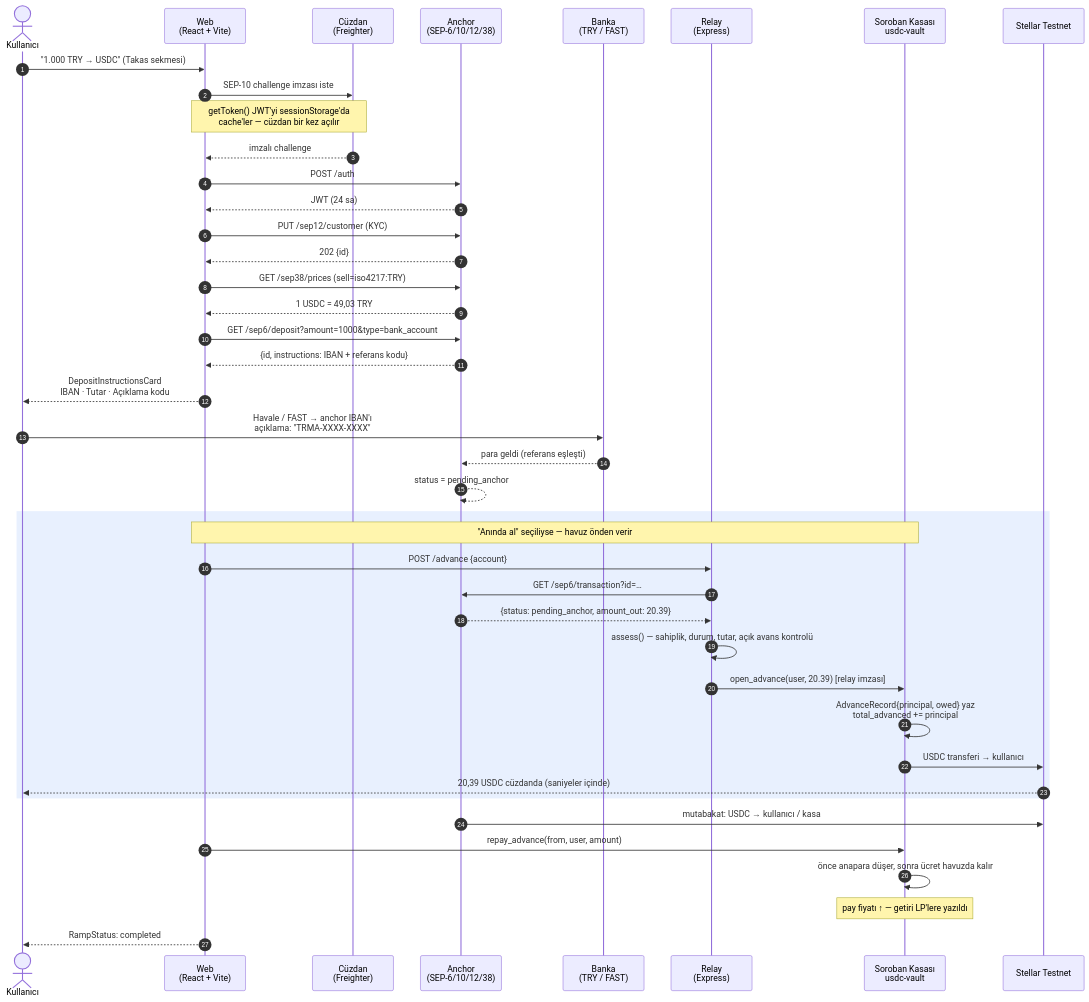
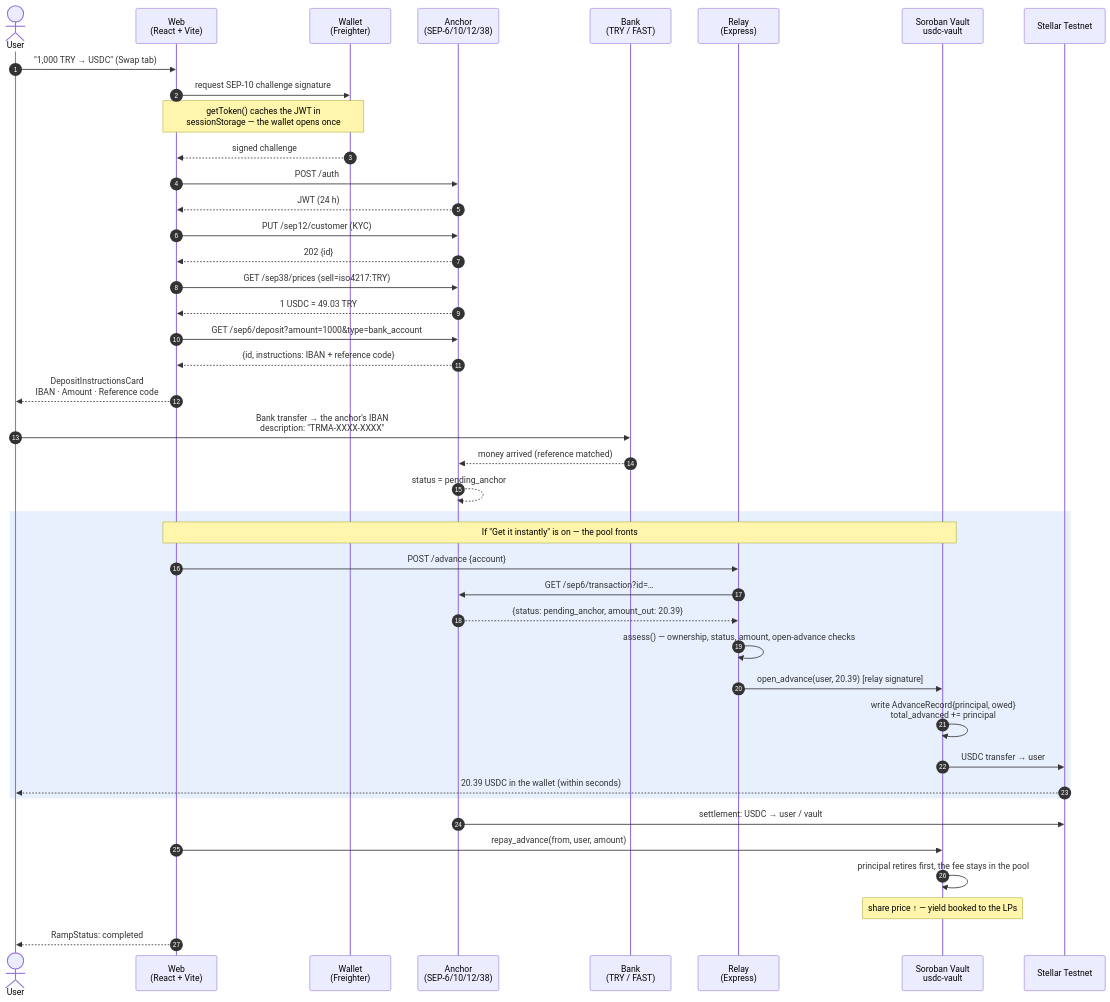
One commit to Omeraydognn/Stelpools changed the diagram in README.md. Above: the diagram before and after it, drawn with Mermaid. The commit also changed other lines of this file and 25 other files, not shown here.

````diff
--- a/README.md
+++ b/README.md
@@ -118,48 +120,48 @@
 ```mermaid
 sequenceDiagram
     autonumber
-    actor U as Kullanıcı
+    actor U as User
     participant W as Web<br/>(React + Vite)
-    participant K as Cüzdan<br/>(Freighter)
+    participant K as Wallet<br/>(Freighter)
     participant A as Anchor<br/>(SEP-6/10/12/38)
-    participant B as Banka<br/>(TRY / FAST)
+    participant B as Bank<br/>(TRY / FAST)
     participant R as Relay<br/>(Express)
-    participant V as Soroban Kasası<br/>usdc-vault
+    participant V as Soroban Vault<br/>usdc-vault
     participant S as Stellar Testnet
 
-    U->>W: "1.000 TRY → USDC" (Takas sekmesi)
-    W->>K: SEP-10 challenge imzası iste
-    Note over W,K: getToken() JWT'yi sessionStorage'da<br/>cache'ler — cüzdan bir kez açılır
-    K-->>W: imzalı challenge
+    U->>W: "1,000 TRY → USDC" (Swap tab)
+    W->>K: request SEP-10 challenge signature
+    Note over W,K: getToken() caches the JWT in<br/>sessionStorage — the wallet opens once
+    K-->>W: signed challenge
     W->>A: POST /auth
-    A-->>W: JWT (24 sa)
+    A-->>W: JWT (24 h)
     W->>A: PUT /sep12/customer  (KYC)
     A-->>W: 202 {id}
     W->>A: GET /sep38/prices  (sell=iso4217:TRY)
-    A-->>W: 1 USDC = 49,03 TRY
+    A-->>W: 1 USDC = 49.03 TRY
     W->>A: GET /sep6/deposit?amount=1000&type=bank_account
-    A-->>W: {id, instructions: IBAN + referans kodu}
-    W-->>U: DepositInstructionsCard<br/>IBAN · Tutar · Açıklama kodu
+    A-->>W: {id, instructions: IBAN + reference code}
+    W-->>U: DepositInstructionsCard<br/>IBAN · Amount · Reference code
 
-    U->>B: Havale / FAST → anchor IBAN'ı<br/>açıklama: "TRMA-XXXX-XXXX"
-    B-->>A: para geldi (referans eşleşti)
+    U->>B: Bank transfer → the anchor's IBAN<br/>description: "TRMA-XXXX-XXXX"
+    B-->>A: money arrived (reference matched)
     A-->>A: status = pending_anchor
 
     rect rgb(232, 240, 254)
-    Note over W,V: "Anında al" seçiliyse — havuz önden verir
+    Note over W,V: If "Get it instantly" is on — the pool fronts
     W->>R: POST /advance {account}
     R->>A: GET /sep6/transaction?id=…
     A-->>R: {status: pending_anchor, amount_out: 20.39}
-    R->>R: assess() — sahiplik, durum, tutar, açık avans kontrolü
-    R->>V: open_advance(user, 20.39)  [relay imzası]
-    V->>V: AdvanceRecord{principal, owed} yaz<br/>total_advanced += principal
-    V->>S: USDC transferi → kullanıcı
-    S-->>U: 20,39 USDC cüzdanda (saniyeler içinde)
+    R->>R: assess() — ownership, status, amount, open-advance checks
+    R->>V: open_advance(user, 20.39)  [relay signature]
+    V->>V: write AdvanceRecord{principal, owed}<br/>total_advanced += principal
+    V->>S: USDC transfer → user
+    S-->>U: 20.39 USDC in the wallet (within seconds)
     end
 
-    A->>S: mutabakat: USDC → kullanıcı / kasa
+    A->>S: settlement: USDC → user / vault
     W->>V: repay_advance(from, user, amount)
-    V->>V: önce anapara düşer, sonra ücret havuzda kalır
-    Note over V: pay fiyatı ↑ — getiri LP'lere yazıldı
+    V->>V: principal retires first, the fee stays in the pool
+    Note over V: share price ↑ — yield booked to the LPs
     W-->>U: RampStatus: completed
 ```
````
